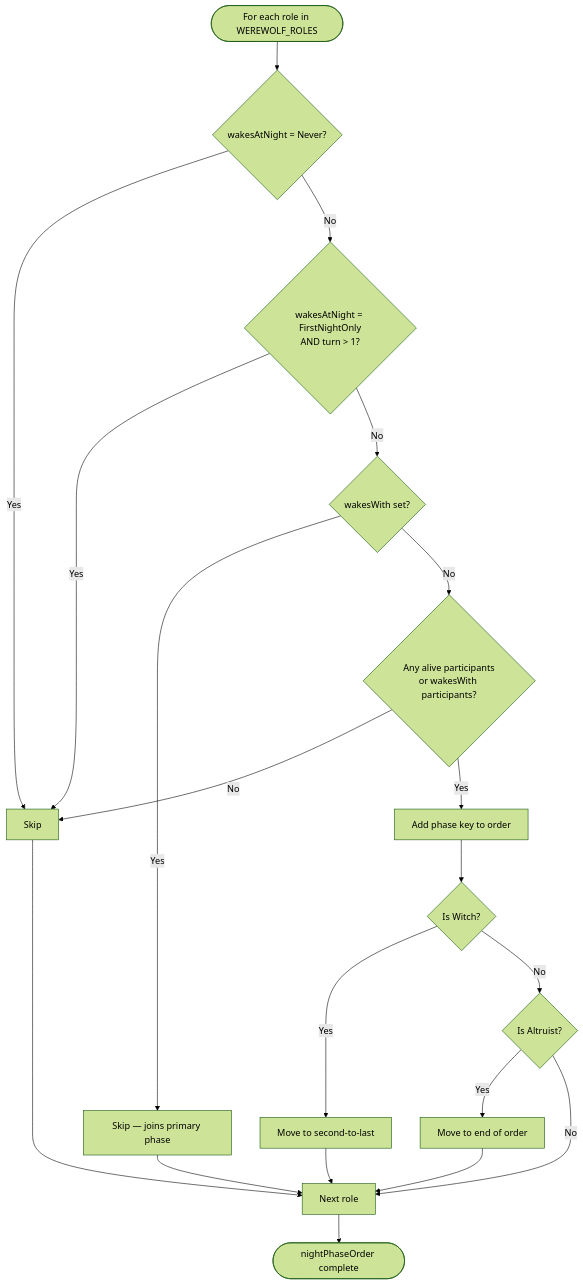
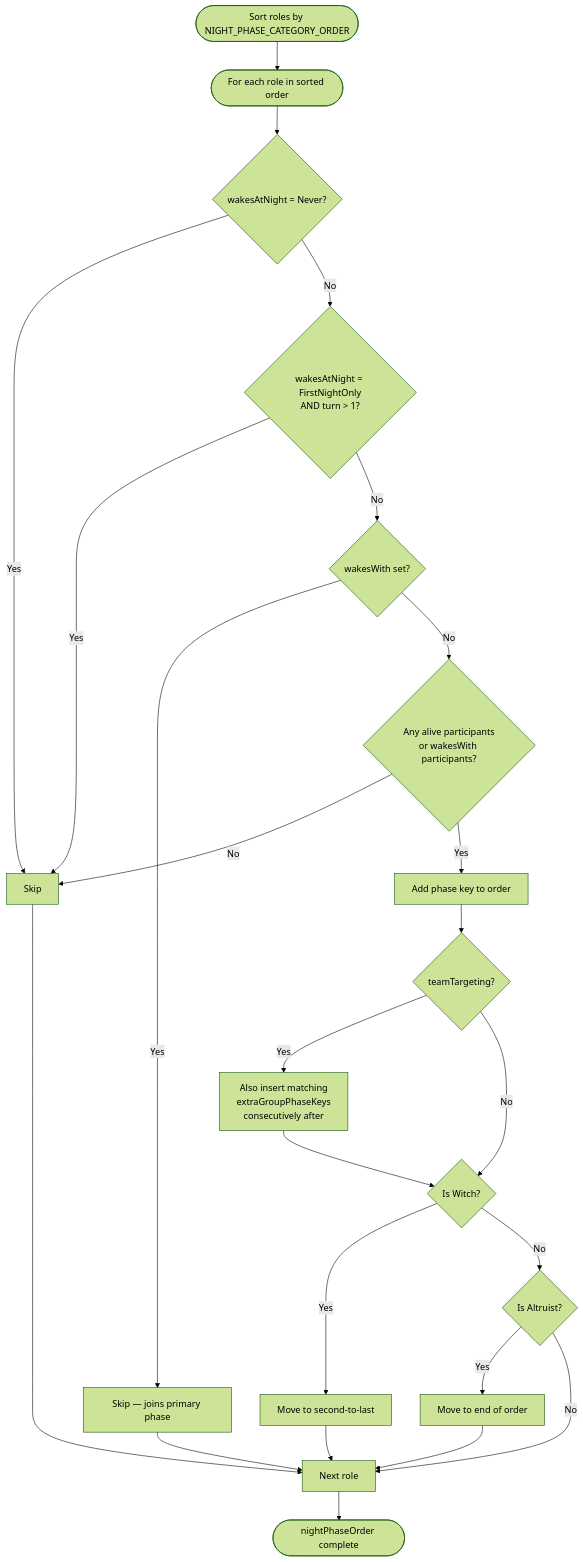
Before and after one commit to rmartz/hidden-role-game: the second of 2 diagrams in docs/werewolf/roles.md, drawn with Mermaid (forest theme). The commit also changed other lines of this file and 2 other files, not shown here.

First line of the commit message:
Implement consistent night phase turn order for werewolf roles

````diff
--- a/docs/werewolf/roles.md
+++ b/docs/werewolf/roles.md
@@ -127,22 +142,26 @@
 ```mermaid
 flowchart TD
-    Start([For each role in WEREWOLF_ROLES]) --> WakesNever{wakesAtNight = Never?}
+    Start([Sort roles by NIGHT_PHASE_CATEGORY_ORDER]) --> Loop([For each role in sorted order])
+    Loop --> WakesNever{wakesAtNight = Never?}
     WakesNever -->|Yes| Skip[Skip]
     WakesNever -->|No| FirstNight{wakesAtNight = FirstNightOnly\nAND turn > 1?}
     FirstNight -->|Yes| Skip
     FirstNight -->|No| WakesWith{wakesWith set?}
     WakesWith -->|Yes| SkipOwn[Skip — joins primary phase]
     WakesWith -->|No| Alive{Any alive participants\nor wakesWith participants?}
     Alive -->|No| Skip
     Alive -->|Yes| Add[Add phase key to order]
-    Add --> IsWitch{Is Witch?}
+    Add --> IsGroup{teamTargeting?}
+    IsGroup -->|Yes| AddExtra[Also insert matching\nextraGroupPhaseKeys\nconsecutively after]
+    AddExtra --> IsWitch{Is Witch?}
+    IsGroup -->|No| IsWitch
     IsWitch -->|Yes| MoveSecondLast[Move to second-to-last]
     IsWitch -->|No| IsAltruist{Is Altruist?}
     IsAltruist -->|Yes| MoveLast[Move to end of order]
     IsAltruist -->|No| Next
     MoveSecondLast --> Next[Next role]
     MoveLast --> Next
     Skip --> Next
     SkipOwn --> Next
     Next --> Done([nightPhaseOrder complete])
 ```
````
